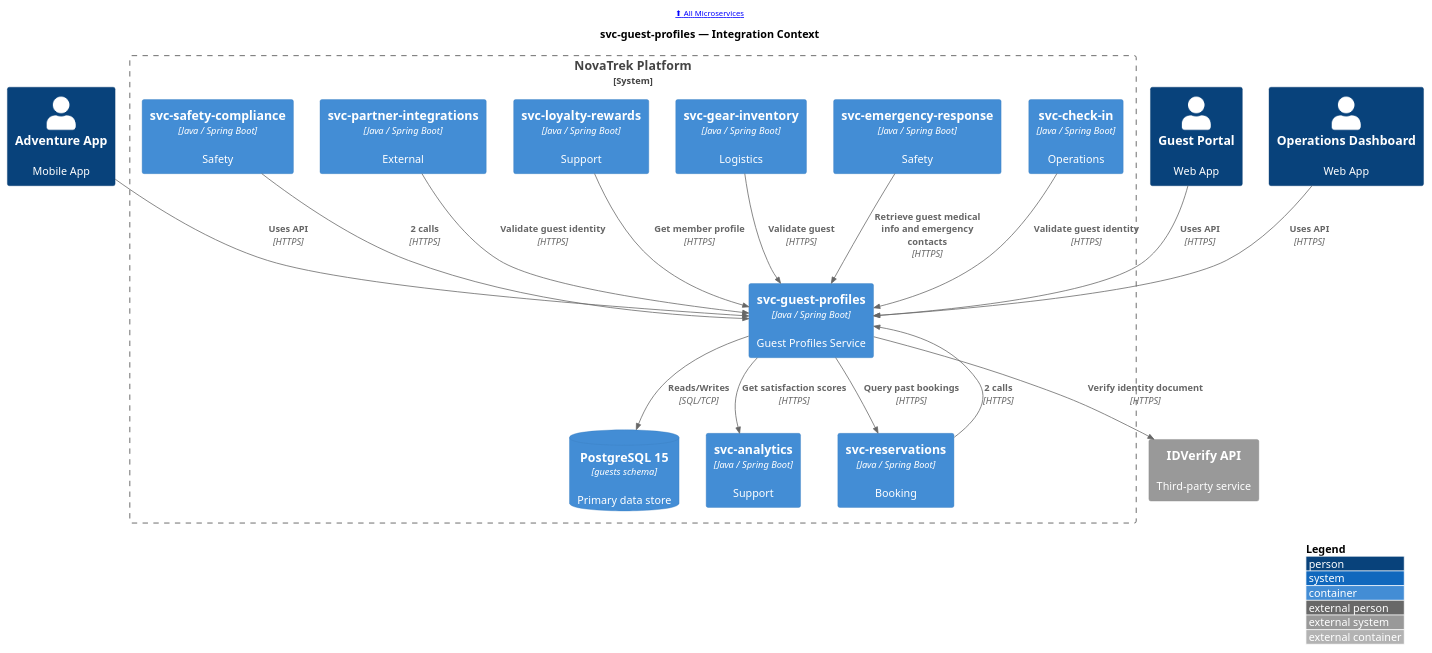
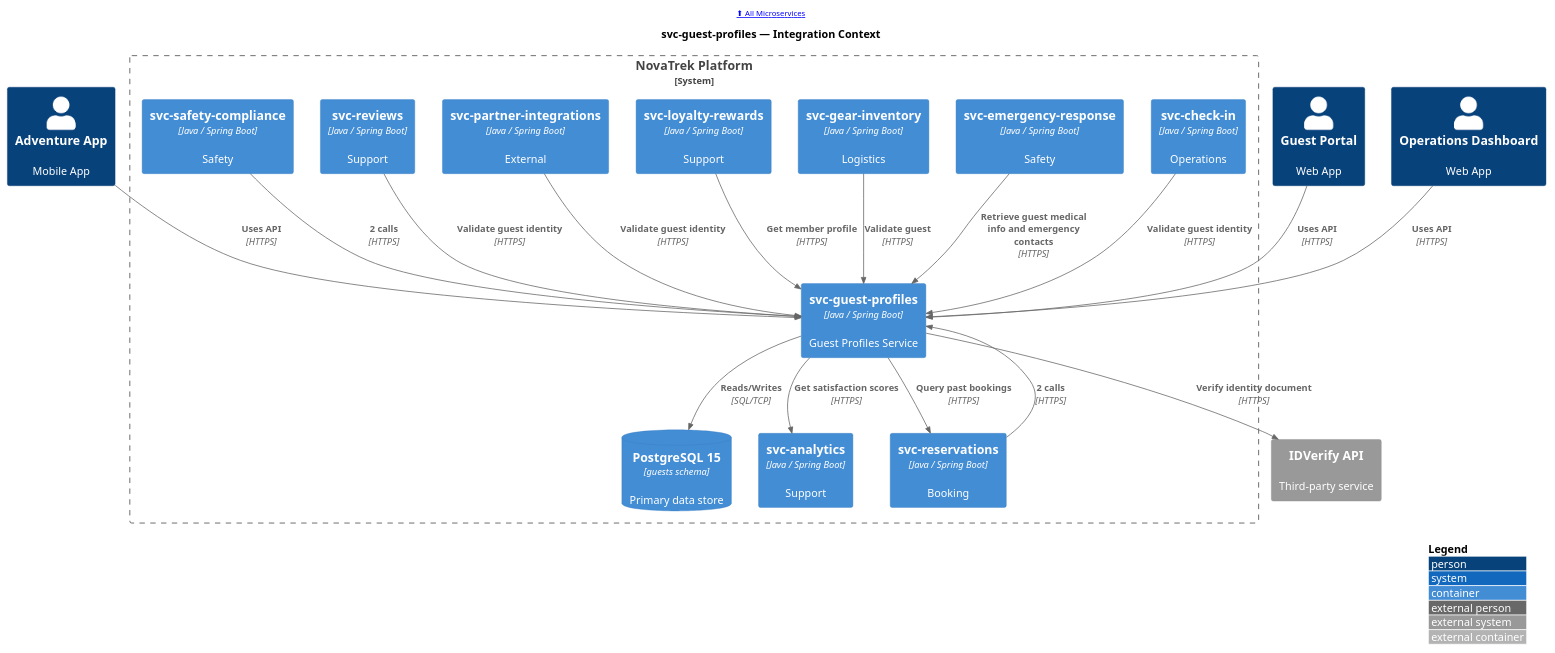
Before and after one commit to christopherblaisdell/continuous-architecture-platform-poc: the diagram in portal/docs/microservices/puml/svc-guest-profiles--c4-context.puml, drawn with PlantUML. The commit also changed 51 other files, not shown here.

```diff
--- a/portal/docs/microservices/puml/svc-guest-profiles--c4-context.puml
+++ b/portal/docs/microservices/puml/svc-guest-profiles--c4-context.puml
@@ -1,45 +1,47 @@
 @startuml
 !include <c4/C4_Container>
 
 LAYOUT_WITH_LEGEND()
 LAYOUT_TOP_DOWN()
 
 header [[/microservices/ ⬆ All Microservices]]
 
 title svc-guest-profiles — Integration Context
 
 Person(app_guest_mobile, "Adventure App", "Mobile App", $link="/applications/app-guest-mobile/#service-dependencies")
 Person(web_guest_portal, "Guest Portal", "Web App", $link="/applications/web-guest-portal/#service-dependencies")
 Person(web_ops_dashboard, "Operations Dashboard", "Web App", $link="/applications/web-ops-dashboard/#service-dependencies")
 
 System_Boundary(boundary, "NovaTrek Platform") {
     Container(svc_guest_profiles, "svc-guest-profiles", "Java / Spring Boot", "Guest Profiles Service", $link="/microservices/svc-guest-profiles/")
     ContainerDb(svc_guest_profiles_db, "PostgreSQL 15", "guests schema", "Primary data store", $link="/microservices/svc-guest-profiles/#data-store")
     Container(svc_check_in, "svc-check-in", "Java / Spring Boot", "Operations", $link="/microservices/svc-check-in/#integration-context")
     Container(svc_emergency_response, "svc-emergency-response", "Java / Spring Boot", "Safety", $link="/microservices/svc-emergency-response/#integration-context")
     Container(svc_gear_inventory, "svc-gear-inventory", "Java / Spring Boot", "Logistics", $link="/microservices/svc-gear-inventory/#integration-context")
     Container(svc_loyalty_rewards, "svc-loyalty-rewards", "Java / Spring Boot", "Support", $link="/microservices/svc-loyalty-rewards/#integration-context")
     Container(svc_partner_integrations, "svc-partner-integrations", "Java / Spring Boot", "External", $link="/microservices/svc-partner-integrations/#integration-context")
     Container(svc_reservations, "svc-reservations", "Java / Spring Boot", "Booking", $link="/microservices/svc-reservations/#integration-context")
+    Container(svc_reviews, "svc-reviews", "Java / Spring Boot", "Support", $link="/microservices/svc-reviews/#integration-context")
     Container(svc_safety_compliance, "svc-safety-compliance", "Java / Spring Boot", "Safety", $link="/microservices/svc-safety-compliance/#integration-context")
     Container(svc_analytics, "svc-analytics", "Java / Spring Boot", "Support", $link="/microservices/svc-analytics/#integration-context")
 }
 
 System_Ext(IDVerify_API, "IDVerify API", "Third-party service", $link="/actors/#idverify-api")
 
 Rel(app_guest_mobile, svc_guest_profiles, "Uses API", "HTTPS")
 Rel(web_guest_portal, svc_guest_profiles, "Uses API", "HTTPS")
 Rel(web_ops_dashboard, svc_guest_profiles, "Uses API", "HTTPS")
 Rel(svc_check_in, svc_guest_profiles, "Validate guest identity", "HTTPS")
 Rel(svc_emergency_response, svc_guest_profiles, "Retrieve guest medical info and emergency contacts", "HTTPS")
 Rel(svc_gear_inventory, svc_guest_profiles, "Validate guest", "HTTPS")
 Rel(svc_loyalty_rewards, svc_guest_profiles, "Get member profile", "HTTPS")
 Rel(svc_partner_integrations, svc_guest_profiles, "Validate guest identity", "HTTPS")
 Rel(svc_reservations, svc_guest_profiles, "2 calls", "HTTPS")
+Rel(svc_reviews, svc_guest_profiles, "Validate guest identity", "HTTPS")
 Rel(svc_safety_compliance, svc_guest_profiles, "2 calls", "HTTPS")
 Rel(svc_guest_profiles, svc_guest_profiles_db, "Reads/Writes", "SQL/TCP")
 Rel(svc_guest_profiles, svc_analytics, "Get satisfaction scores", "HTTPS")
 Rel(svc_guest_profiles, svc_reservations, "Query past bookings", "HTTPS")
 Rel(svc_guest_profiles, IDVerify_API, "Verify identity document", "HTTPS")
 
 @enduml
```
